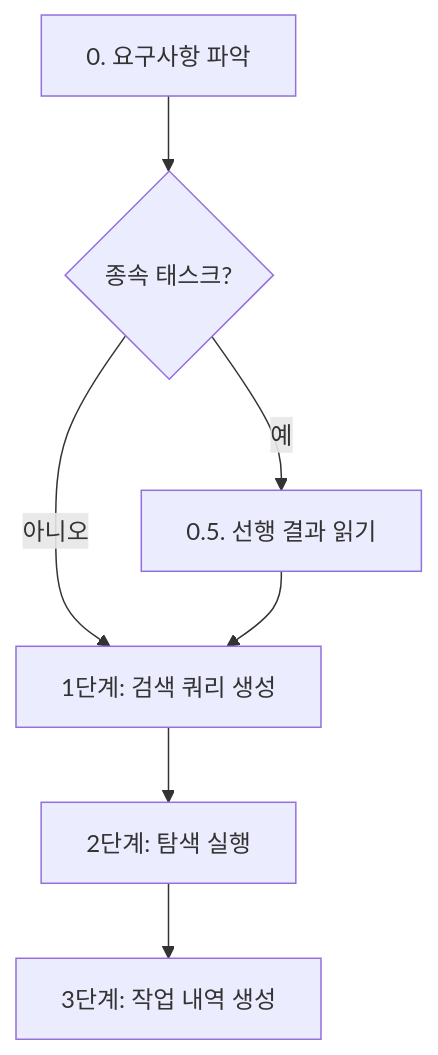
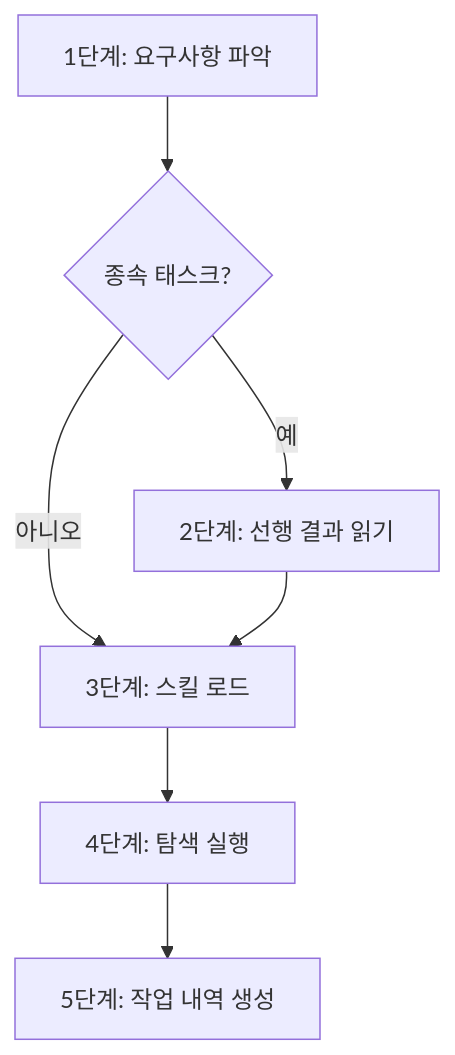
One commit to KoreanLeeChangHyun/claude-workflow changed the diagram in .claude/skills/workflow-agent-explorer/SKILL.md. Above: the diagram before and after it, drawn with Mermaid. The commit also changed other lines of this file and 122 other files, not shown here.

````diff
--- a/.claude/skills/workflow-agent-explorer/SKILL.md
+++ b/.claude/skills/workflow-agent-explorer/SKILL.md
@@ -41,9 +41,9 @@
 ```mermaid
 flowchart TD
-    S0[0. 요구사항 파악] --> Q1{종속 태스크?}
-    Q1 -->|예| S0_5[0.5. 선행 결과 읽기]
-    Q1 -->|아니오| S1
-    S0_5 --> S1[1단계: 검색 쿼리 생성]
-    S1 --> S2[2단계: 탐색 실행]
-    S2 --> S3[3단계: 작업 내역 생성]
+    S0[1단계: 요구사항 파악] --> Q1{종속 태스크?}
+    Q1 -->|예| S0_5[2단계: 선행 결과 읽기]
+    Q1 -->|아니오| SKILL
+    S0_5 --> SKILL[3단계: 스킬 로드]
+    SKILL --> S1[4단계: 탐색 실행]
+    S1 --> S3[5단계: 작업 내역 생성]
 ```
````
